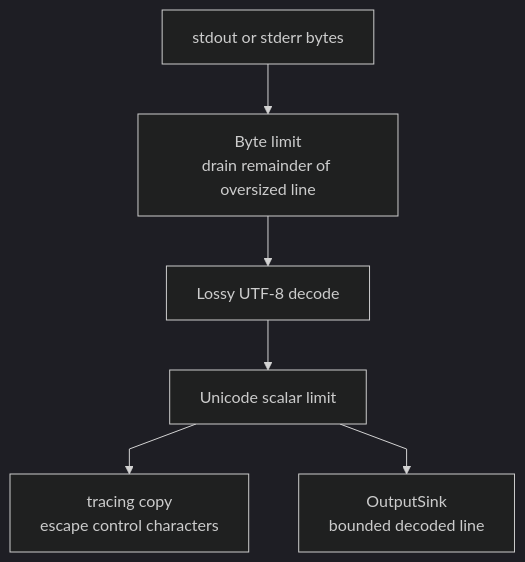
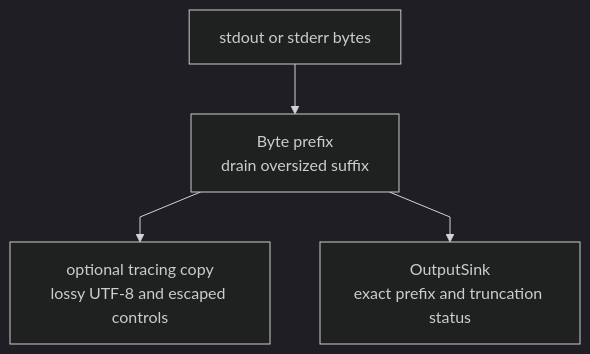
One commit to soltiHQ/sdk changed diagram 11 of 11 in crates/solti-exec/ARCHITECTURE.md. Above: the diagram before and after it, drawn with Mermaid (dark theme). The commit also changed other lines of this file and 222 other files, not shown here.

````diff
--- a/crates/solti-exec/ARCHITECTURE.md
+++ b/crates/solti-exec/ARCHITECTURE.md
@@ -497,16 +623,12 @@
 ```mermaid
 %%{init: {"flowchart": {"curve": "linear"}}}%%
 flowchart TB
     Bytes["stdout or stderr bytes"]
-    ByteLimit["Byte limit<br/>drain remainder of oversized line"]
-    Decode["Lossy UTF-8 decode"]
-    CharLimit["Unicode scalar limit"]
-    Trace["tracing copy<br/>escape control characters"]
-    Sink["OutputSink<br/>bounded decoded line"]
+    ByteLimit["Byte prefix<br/>drain oversized suffix"]
+    Trace["optional tracing copy<br/>lossy UTF-8 and escaped controls"]
+    Sink["OutputSink<br/>exact prefix and truncation status"]
 
     Bytes --> ByteLimit
-    ByteLimit --> Decode
-    Decode --> CharLimit
-    CharLimit --> Trace
-    CharLimit --> Sink
+    ByteLimit --> Trace
+    ByteLimit --> Sink
 ```
````
